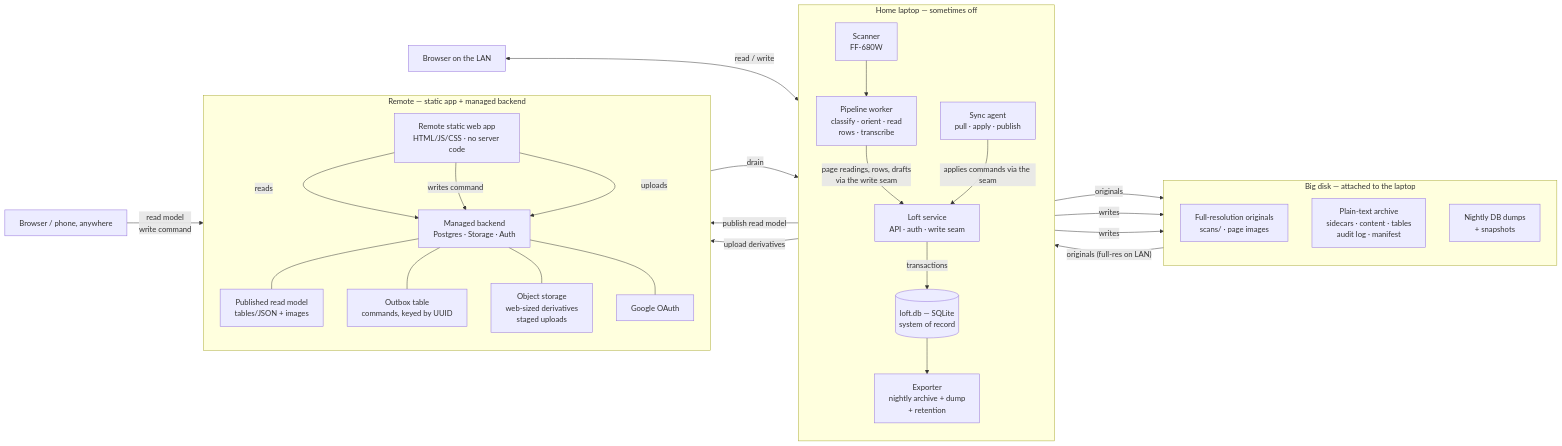
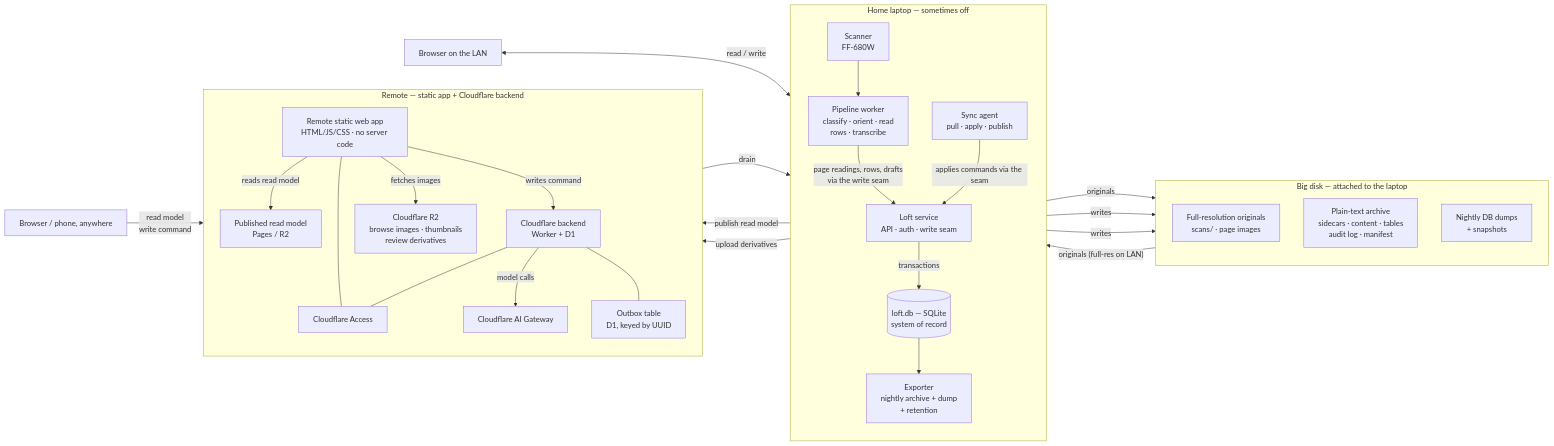
One commit to ashbywinch/the-loft changed the first of 2 diagrams in docs/TECHSPEC/04-live-system.md. Above: the diagram before and after it, drawn with Mermaid. The commit also changed other lines of this file and 9 other files, not shown here.

First line of the commit message:
docs: usable remote images and a zero-cost Cloudflare backend

````diff
--- a/docs/TECHSPEC/04-live-system.md
+++ b/docs/TECHSPEC/04-live-system.md
@@ -50,56 +50,57 @@
 ```mermaid
 flowchart LR
   subgraph Home["Home laptop — sometimes off"]
     direction TB
     Scanner["Scanner<br/>FF-680W"]
     Worker["Pipeline worker<br/>classify · orient · read<br/>rows · transcribe"]
     Service["Loft service<br/>API · auth · write seam"]
     DB[("loft.db — SQLite<br/>system of record")]
     Sync["Sync agent<br/>pull · apply · publish"]
     Export["Exporter<br/>nightly archive + dump<br/>+ retention"]
 
     Scanner --> Worker
     Worker -->|"page readings, rows, drafts<br/>via the write seam"| Service
     Service -->|"transactions"| DB
     Sync -->|"applies commands via the seam"| Service
     DB --> Export
   end
 
   subgraph Disk["Big disk — attached to the laptop"]
     direction TB
     Originals["Full-resolution originals<br/>scans/ · page images"]
     Archive["Plain-text archive<br/>sidecars · content · tables<br/>audit log · manifest"]
     Dumps["Nightly DB dumps<br/>+ snapshots"]
   end
 
-  subgraph RemoteSite["Remote — static app + managed backend"]
+  subgraph RemoteSite["Remote — static app + Cloudflare backend"]
     direction TB
     Static["Remote static web app<br/>HTML/JS/CSS · no server code"]
-    Backend["Managed backend<br/>Postgres · Storage · Auth"]
-    Snapshot["Published read model<br/>tables/JSON + images"]
-    Outbox["Outbox table<br/>commands, keyed by UUID"]
-    Media["Object storage<br/>web-sized derivatives<br/>staged uploads"]
-    Auth["Google OAuth"]
+    Backend["Cloudflare backend<br/>Worker + D1"]
+    Snapshot["Published read model<br/>Pages / R2"]
+    Outbox["Outbox table<br/>D1, keyed by UUID"]
+    Media["Cloudflare R2<br/>browse images · thumbnails<br/>review derivatives"]
+    Auth["Cloudflare Access"]
+    Model["Cloudflare AI Gateway"]
 
-    Static -->|"reads"| Backend
+    Static -->|"reads read model"| Snapshot
     Static -->|"writes command"| Backend
-    Static -->|"uploads"| Backend
-    Backend --- Snapshot
+    Static -->|"fetches images"| Media
+    Static --- Auth
+    Backend -->|"model calls"| Model
     Backend --- Outbox
-    Backend --- Media
     Backend --- Auth
   end
 
   LAN["Browser on the LAN"]
   Remote["Browser / phone, anywhere"]
 
   Worker -->|"originals"| Originals
   Export -->|"writes"| Archive
   Export -->|"writes"| Dumps
   Originals -->|"originals (full-res on LAN)"| Service
-  Sync -->|"publish read model"| Backend
+  Sync -->|"publish read model"| Snapshot
   Sync -->|"upload derivatives"| Media
   Outbox -->|"drain"| Sync
   LAN <-->|"read / write"| Service
   Remote -->|"read model<br/>write command"| Static
 ```
````
